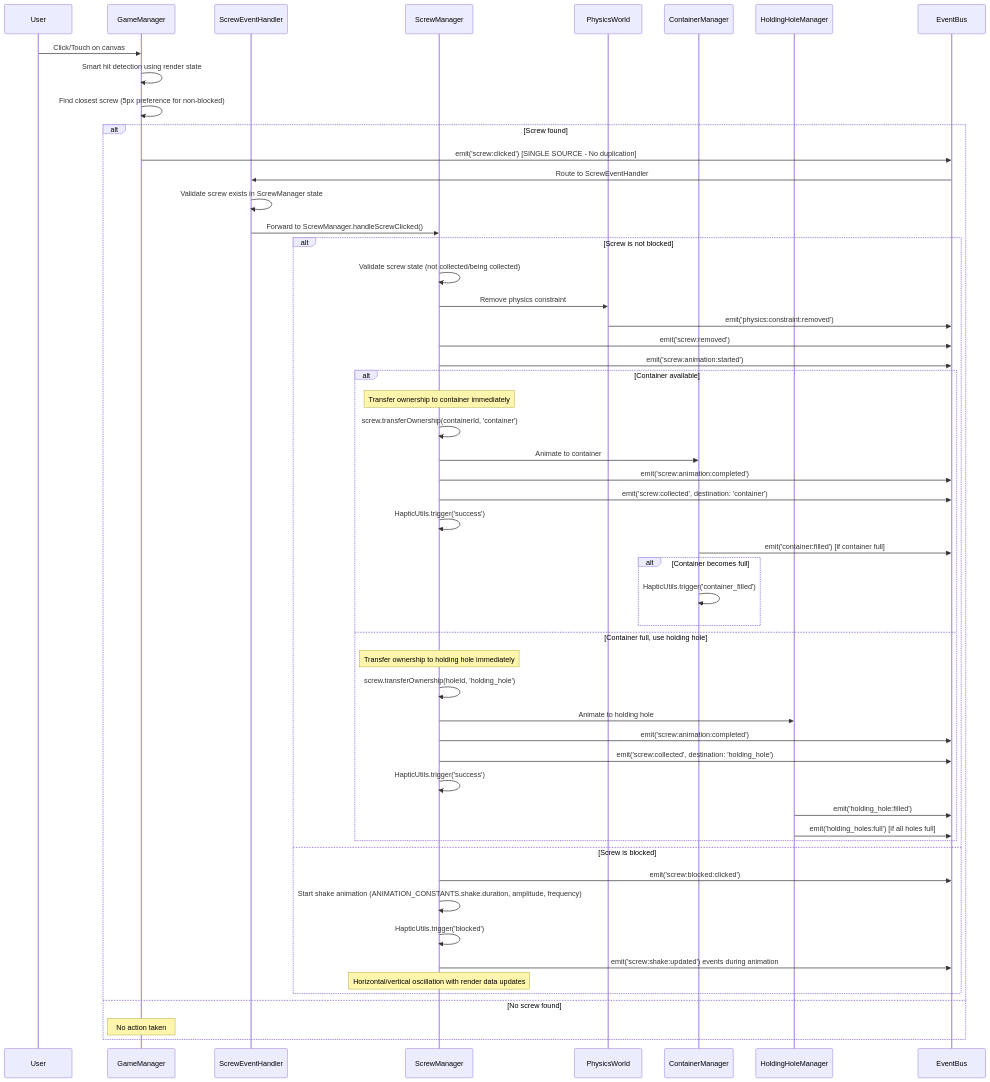
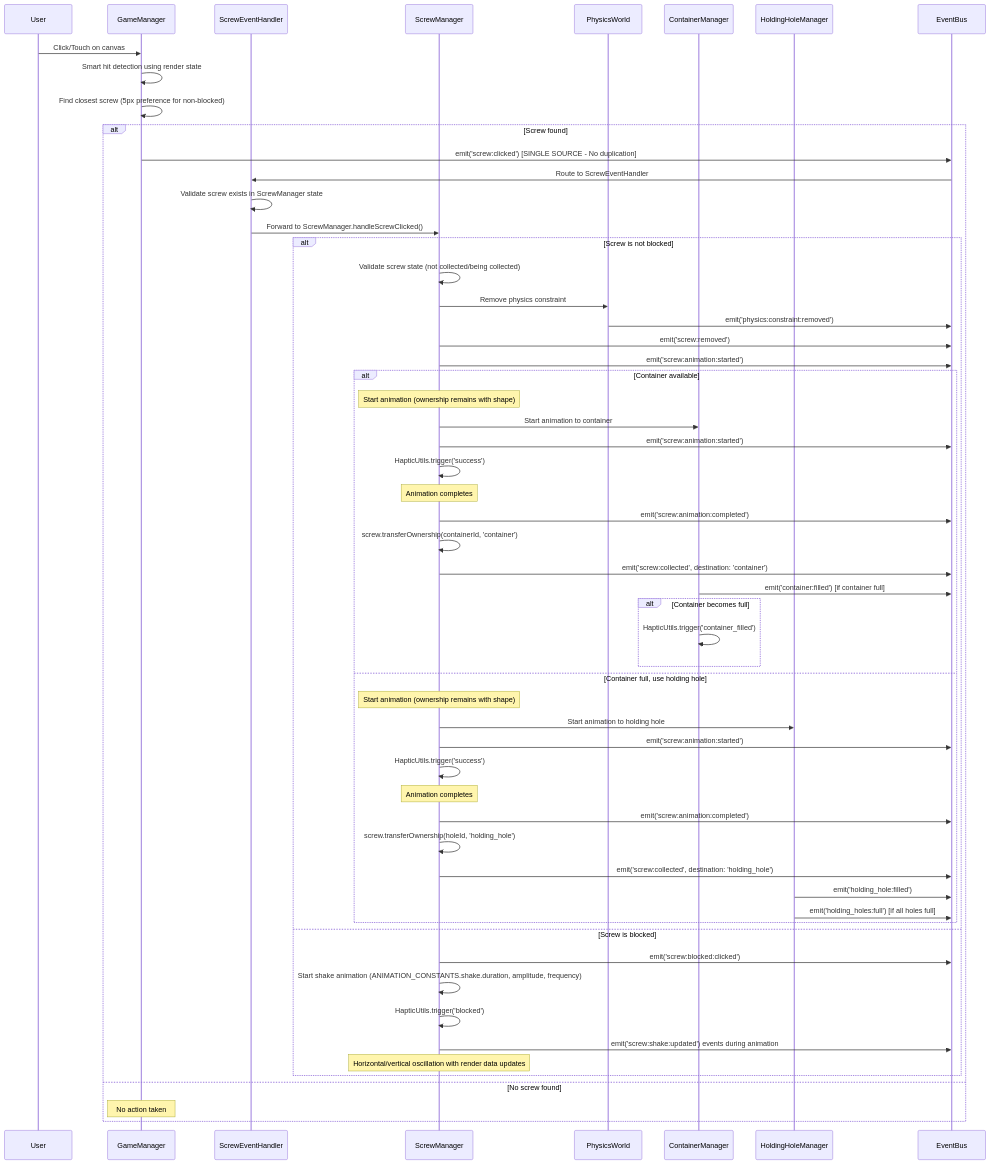
The third of 12 diagrams in docs/game_event_flows.md (paulrobello/par-shape-2d), drawn with Mermaid before and after one commit. The commit also changed other lines of this file and 3 other files, not shown here.

````diff
--- a/docs/game_event_flows.md
+++ b/docs/game_event_flows.md
@@ -300,60 +337,66 @@
 ```mermaid
 sequenceDiagram
     participant User
     participant GM as GameManager
     participant SEH as ScrewEventHandler
     participant SM as ScrewManager
     participant PM as PhysicsWorld
     participant CM as ContainerManager
     participant HM as HoldingHoleManager
     participant EB as EventBus
 
     User->>GM: Click/Touch on canvas
     GM->>GM: Smart hit detection using render state
     GM->>GM: Find closest screw (5px preference for non-blocked)
     
     alt Screw found
         GM->>EB: emit('screw:clicked') [SINGLE SOURCE - No duplication]
         EB->>SEH: Route to ScrewEventHandler
         SEH->>SEH: Validate screw exists in ScrewManager state
         SEH->>SM: Forward to ScrewManager.handleScrewClicked()
         
         alt Screw is not blocked
             SM->>SM: Validate screw state (not collected/being collected)
             SM->>PM: Remove physics constraint
             PM->>EB: emit('physics:constraint:removed')
             SM->>EB: emit('screw:removed')
             SM->>EB: emit('screw:animation:started')
             
             alt Container available
-                Note over SM: Transfer ownership to container immediately
+                Note over SM: Start animation (ownership remains with shape)
+                SM->>CM: Start animation to container
+                SM->>EB: emit('screw:animation:started')
+                SM->>SM: HapticUtils.trigger('success')
+                
+                Note over SM: Animation completes
+                SM->>EB: emit('screw:animation:completed')
                 SM->>SM: screw.transferOwnership(containerId, 'container')
-                SM->>CM: Animate to container
-                SM->>EB: emit('screw:animation:completed')
                 SM->>EB: emit('screw:collected', destination: 'container')
-                SM->>SM: HapticUtils.trigger('success')
                 CM->>EB: emit('container:filled') [if container full]
                 alt Container becomes full
                     CM->>CM: HapticUtils.trigger('container_filled')
                 end
             else Container full, use holding hole
-                Note over SM: Transfer ownership to holding hole immediately
+                Note over SM: Start animation (ownership remains with shape)
+                SM->>HM: Start animation to holding hole
+                SM->>EB: emit('screw:animation:started')
+                SM->>SM: HapticUtils.trigger('success')
+                
+                Note over SM: Animation completes
+                SM->>EB: emit('screw:animation:completed')
                 SM->>SM: screw.transferOwnership(holeId, 'holding_hole')
-                SM->>HM: Animate to holding hole
-                SM->>EB: emit('screw:animation:completed')
                 SM->>EB: emit('screw:collected', destination: 'holding_hole')
-                SM->>SM: HapticUtils.trigger('success')
                 HM->>EB: emit('holding_hole:filled')
                 HM->>EB: emit('holding_holes:full') [if all holes full]
             end
         else Screw is blocked
             SM->>EB: emit('screw:blocked:clicked')
             SM->>SM: Start shake animation (ANIMATION_CONSTANTS.shake.duration, amplitude, frequency)
             SM->>SM: HapticUtils.trigger('blocked')
             SM->>EB: emit('screw:shake:updated') events during animation
             Note over SM: Horizontal/vertical oscillation with render data updates
         end
     else No screw found
         Note over GM: No action taken
     end
 ```
````
